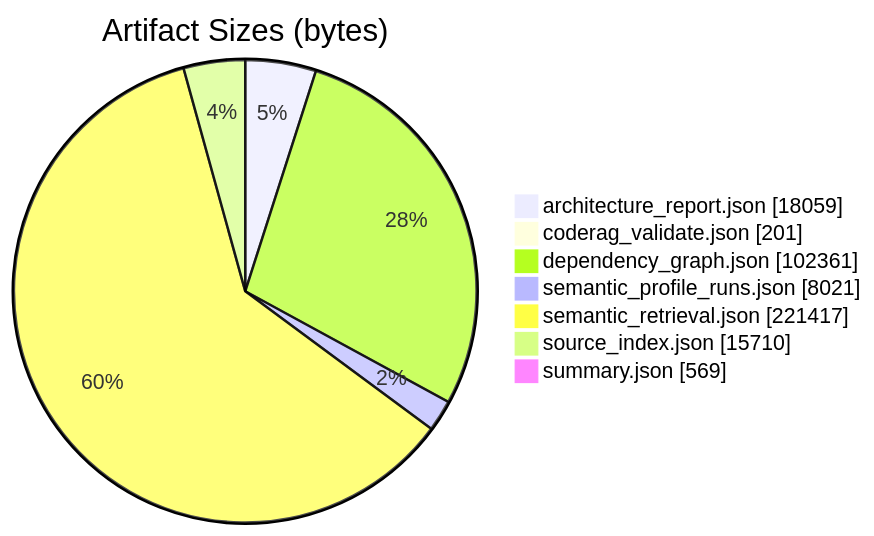
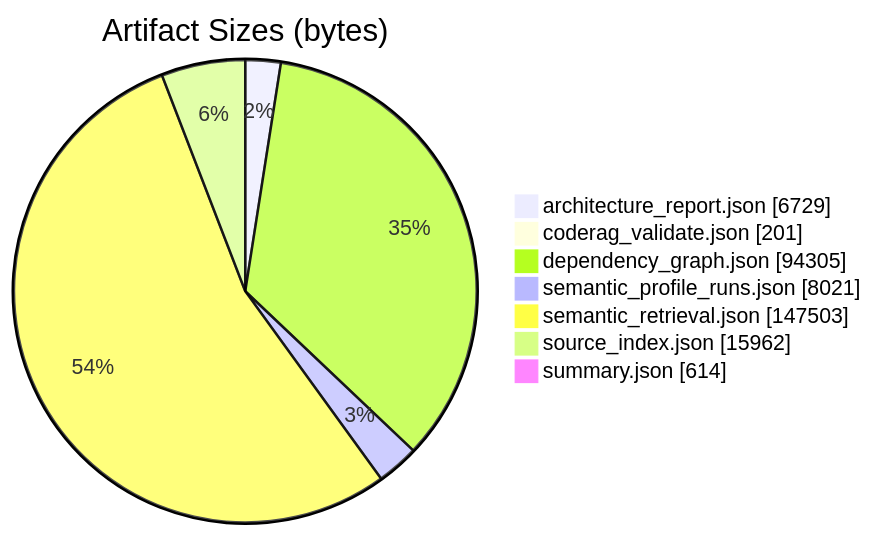
The second of 7 diagrams in .refactor/analysis/candidates/report.md (scl2bp/refactor_cli), drawn with Mermaid before and after one commit. The commit also changed other lines of this file, not shown here.

Commit message:
Update candidate analysis report with new generation date and corrected artifact sizes

````diff
--- a/.refactor/analysis/candidates/report.md
+++ b/.refactor/analysis/candidates/report.md
@@ -45,11 +45,11 @@
 ```mermaid
 pie showData
   title Artifact Sizes (bytes)
-  "architecture_report.json" : 18059
+  "architecture_report.json" : 6729
   "coderag_validate.json" : 201
-  "dependency_graph.json" : 102361
+  "dependency_graph.json" : 94305
   "semantic_profile_runs.json" : 8021
-  "semantic_retrieval.json" : 221417
-  "source_index.json" : 15710
-  "summary.json" : 569
+  "semantic_retrieval.json" : 147503
+  "source_index.json" : 15962
+  "summary.json" : 614
 ```
````
